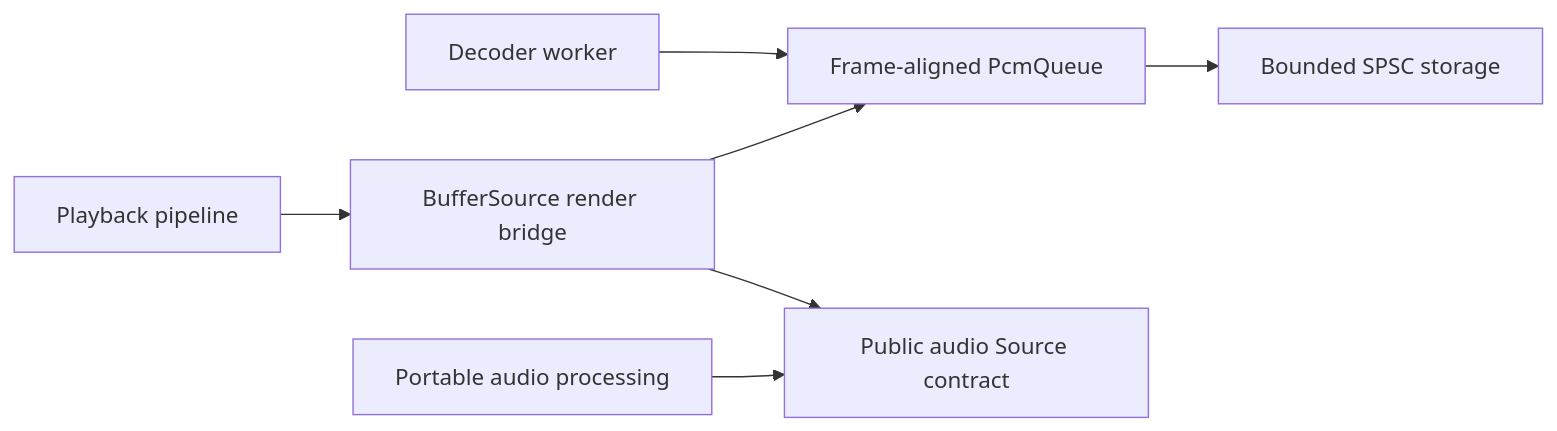
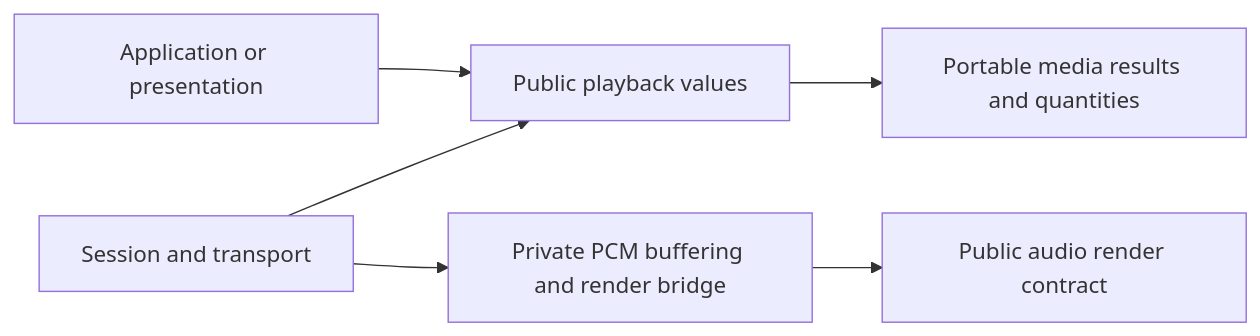
The diagram in src/core/playback/README.md (Vokerlee/wiola-player), drawn with Mermaid before and after one commit. The commit also changed other lines of this file and 46 other files, not shown here.

Commit message:
core: consolidate the public playback contract

````diff
--- a/src/core/playback/README.md
+++ b/src/core/playback/README.md
@@ -5,9 +5,8 @@
 ```mermaid
 flowchart LR
-    Decoder[Decoder worker] --> Queue[Frame-aligned PcmQueue]
-    Queue --> Ring[Bounded SPSC storage]
-    Render[BufferSource render bridge] --> Queue
-    Pipeline[Playback pipeline] --> Render
-    Render --> Port[Public audio Source contract]
-    Processing[Portable audio processing] --> Port
+    Presentation[Application or presentation] --> API[Public playback values]
+    Session[Session and transport] --> API
+    Session --> Buffer[Private PCM buffering and render bridge]
+    Buffer --> Audio[Public audio render contract]
+    API --> Media[Portable media results and quantities]
 ```
````
